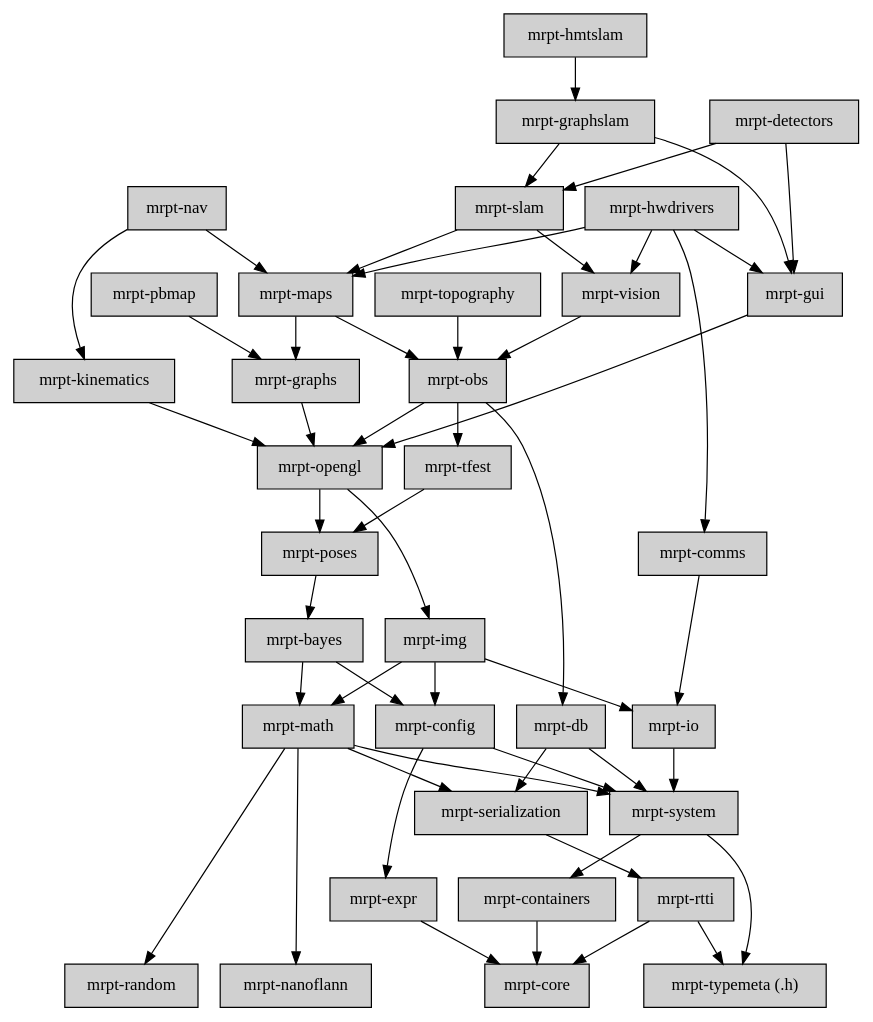
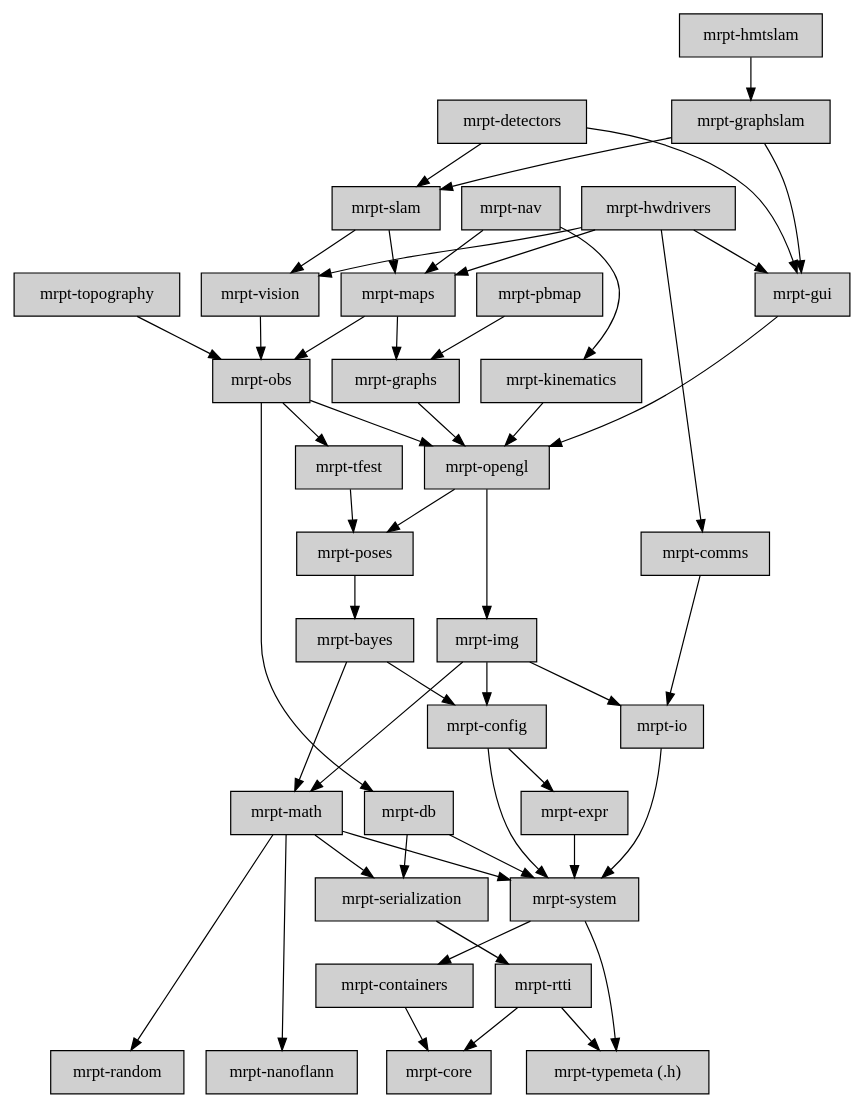
The diagram in doc/design_of_images/graph_mrpt_libs.dot (MRPT/mrpt), drawn with Graphviz before and after one commit. The commit also changed 6 other files, not shown here.

```diff
--- a/doc/design_of_images/graph_mrpt_libs.dot
+++ b/doc/design_of_images/graph_mrpt_libs.dot
@@ -1,128 +1,128 @@
 digraph MRPT_LIBS {
 
 	node [shape=box,style=filled, fillcolor="#D0D0D0"];
 
 	bayes [label="mrpt-bayes",URL="group__mrpt__bayes__grp.html"];
 	bayes -> math;
 	bayes -> config;
 
 	comms [label="mrpt-comms",URL="group__mrpt__comms__grp.html"];
 	comms -> io;
 
 	config   [label="mrpt-config",URL="group__mrpt__config__grp.html"];
 	config -> expr;
 	config -> system;
 
 	containers  [label="mrpt-containers",URL="group__mrpt__containers__grp.html"];
 	containers -> core;
 
 	{ rank = sink; 
 	core       [label="mrpt-core",URL="group__mrpt__core__grp.html"];
 	}
 
 	db         [label="mrpt-db",URL="group__mrpt__db__grp.html"];
 	db  -> serialization;
 	db  -> system;
 
 	detectors  [label="mrpt-detectors",URL="group__mrpt__detectors__grp.html"];
 	detectors -> gui;
 	detectors -> slam;
 
 	expr       [label="mrpt-expr",URL="group__mrpt__expr__grp.html"];
-	expr -> core;
+	expr -> system;
 
 	graphs     [label="mrpt-graphs",URL="group__mrpt__graphs__grp.html"];
 	graphs -> opengl;
 
 	graphslam  [label="mrpt-graphslam",URL="group__mrpt__graphslam__grp.html"];
 	graphslam -> gui;
 	graphslam -> slam;
 
 	gui        [label="mrpt-gui",URL="group__mrpt__gui__grp.html"];
 	gui -> opengl;
 
 	hmtslam    [label="mrpt-hmtslam",URL="group__mrpt__hmtslam__grp.html"];
 	hmtslam -> graphslam;
 
 	hwdrivers  [label="mrpt-hwdrivers",URL="group__mrpt__hwdrivers__grp.html"];
 	hwdrivers -> comms;
 	hwdrivers -> gui;
 	hwdrivers -> maps;
 	hwdrivers -> vision;
 
 	img [label="mrpt-img",URL="group__mrpt__img__grp.html"];
 	img  -> io;
 	img  -> math;
 	img  -> config;
 
 	io [label="mrpt-io",URL="group__mrpt__io__grp.html"];
 	io  -> system;
 
 	kinematics [label="mrpt-kinematics",URL="group__mrpt__kinematics__grp.html"];
 	kinematics -> opengl;
 	
 	maps       [label="mrpt-maps",URL="group__mrpt__maps__grp.html"];
 	maps -> graphs;
 	maps -> obs;
 
 	math       [label="mrpt-math",URL="group__mrpt__math__grp.html"];
 	math -> serialization;
 	math -> random;
 	math -> system;
 	math -> nanoflann;
 
 	{ rank = sink; 
 	nanoflann  [label="mrpt-nanoflann",URL="group__nanoflann__grp.html"];
 	}
 
 	nav        [label="mrpt-nav",URL="group__mrpt__nav__grp.html"];
 	nav -> kinematics;
 	nav -> maps;
 
 	obs        [label="mrpt-obs",URL="group__mrpt__obs__grp.html"];
 	obs -> opengl;
 	obs -> db;
 	obs -> tfest;
 
 	opengl     [label="mrpt-opengl", URL="group__mrpt__opengl__grp.html"];
 	opengl -> poses;
 	opengl -> img;
 
 	pbmap      [label="mrpt-pbmap",URL="group__mrpt__pbmap__grp.html"];
 	pbmap -> graphs;
 
 	poses     [label="mrpt-poses",URL="group__mrpt__poses__grp.html"];
 	poses -> bayes;
 	
 	{ rank = sink; 
 	random     [label="mrpt-random",URL="group__mrpt__random__grp.html"];
 	}
 
 	rtti     [label="mrpt-rtti",URL="group__mrpt__rtti__grp.html"];
 	rtti -> core;
 	rtti -> typemeta;
 
 	serialization [label="mrpt-serialization",URL="group__mrpt__serialization__grp.html"];
 	serialization -> rtti;
 
 	slam       [label="mrpt-slam",URL="group__mrpt__slam__grp.html"];
 	slam -> maps;
 	slam -> vision;
 
 	system     [label="mrpt-system",URL="group__mrpt__system__grp.html"];
 	system -> typemeta;
 	system -> containers;
 
 	tfest      [label="mrpt-tfest",URL="group__mrpt__tfest__grp.html"];
 	tfest -> poses;
 
 	topography [label="mrpt-topography",URL="group__mrpt__topography__grp.html"];
 	topography -> obs;
 
 	{ rank = sink; 
 	typemeta [label="mrpt-typemeta (.h)",URL="group__mrpt__typemeta__grp.html"];
 	}
 
 	vision     [label="mrpt-vision",URL="group__mrpt__vision__grp.html"];
 	vision -> obs;
 }
```
